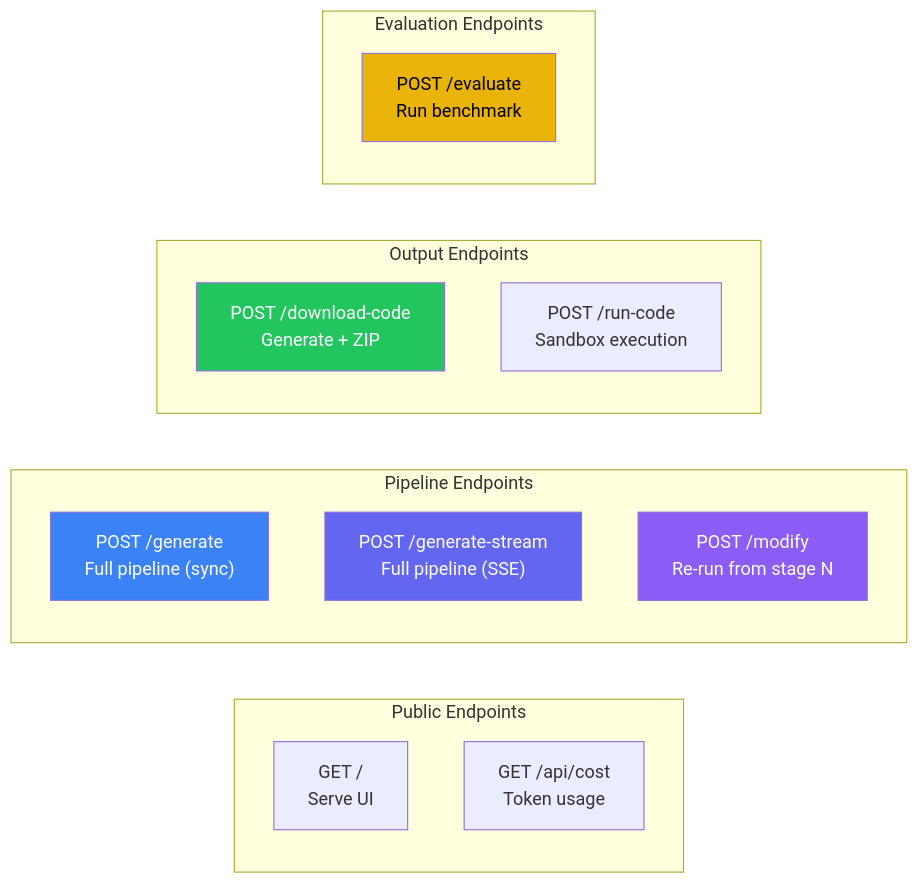
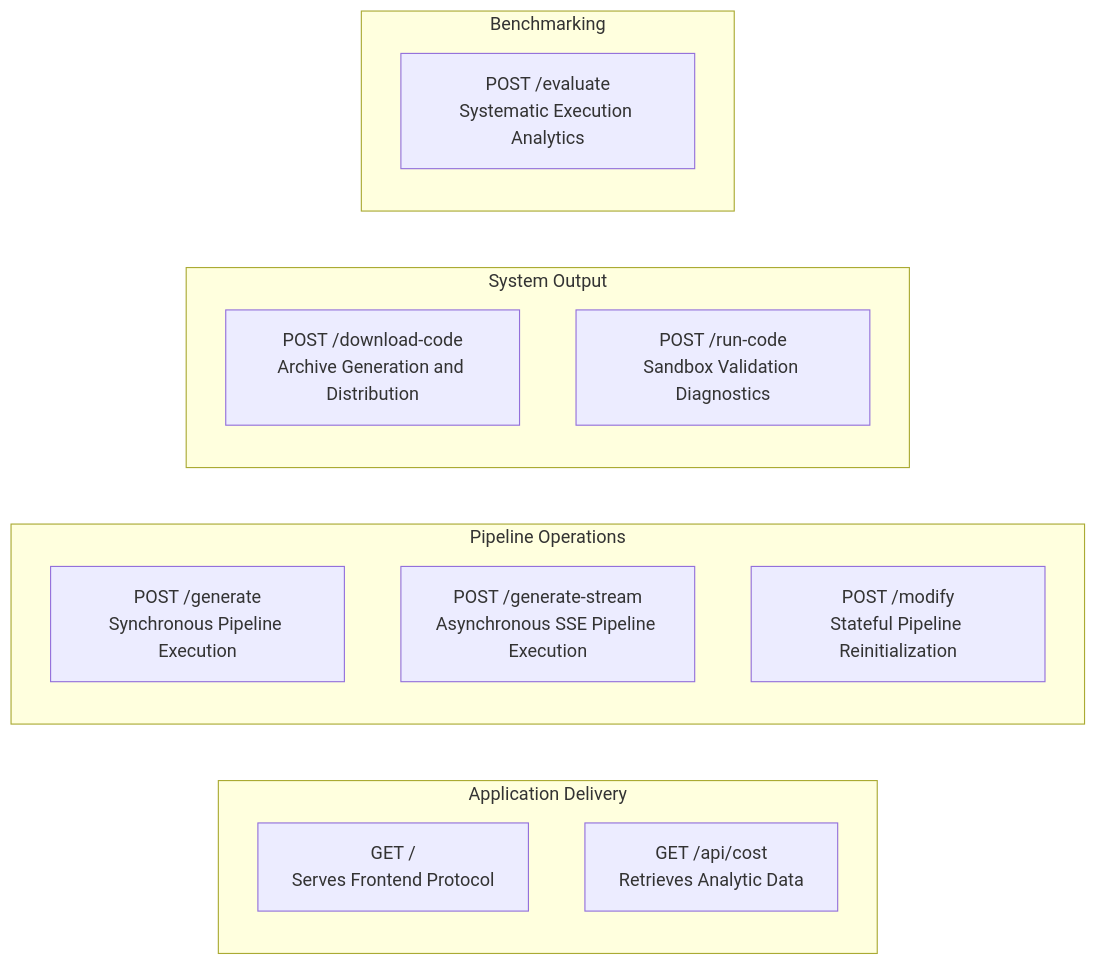
Diagram 16 of 19 in SOFTWARE_ARCHITECTURE.md (notsooamit/app-compiler), drawn with Mermaid before and after one commit. The commit also changed other lines of this file and 2 other files, not shown here.

Commit message:
Fix Render health check: root route now accepts HEAD requests

````diff
--- a/SOFTWARE_ARCHITECTURE.md
+++ b/SOFTWARE_ARCHITECTURE.md
@@ -1016,28 +874,22 @@
 ```mermaid
 graph LR
-    subgraph "Public Endpoints"
-        GET_ROOT["GET /<br/>Serve UI"]
-        GET_COST["GET /api/cost<br/>Token usage"]
+    subgraph "Application Delivery"
+        GET_ROOT["GET /<br/>Serves Frontend Protocol"]
+        GET_COST["GET /api/cost<br/>Retrieves Analytic Data"]
     end
 
-    subgraph "Pipeline Endpoints"
-        POST_GEN["POST /generate<br/>Full pipeline (sync)"]
-        POST_SSE["POST /generate-stream<br/>Full pipeline (SSE)"]
-        POST_MOD["POST /modify<br/>Re-run from stage N"]
+    subgraph "Pipeline Operations"
+        POST_GEN["POST /generate<br/>Synchronous Pipeline Execution"]
+        POST_SSE["POST /generate-stream<br/>Asynchronous SSE Pipeline Execution"]
+        POST_MOD["POST /modify<br/>Stateful Pipeline Reinitialization"]
     end
 
-    subgraph "Output Endpoints"
-        POST_DL["POST /download-code<br/>Generate + ZIP"]
-        POST_RUN["POST /run-code<br/>Sandbox execution"]
+    subgraph "System Output"
+        POST_DL["POST /download-code<br/>Archive Generation and Distribution"]
+        POST_RUN["POST /run-code<br/>Sandbox Validation Diagnostics"]
     end
 
-    subgraph "Evaluation Endpoints"
-        POST_EVAL["POST /evaluate<br/>Run benchmark"]
+    subgraph "Benchmarking"
+        POST_EVAL["POST /evaluate<br/>Systematic Execution Analytics"]
     end
-
-    style POST_SSE fill:#6366f1,color:#fff
-    style POST_GEN fill:#3b82f6,color:#fff
-    style POST_MOD fill:#8b5cf6,color:#fff
-    style POST_DL fill:#22c55e,color:#fff
-    style POST_EVAL fill:#eab308,color:#000
 ```
````
